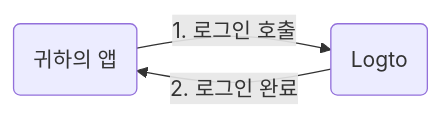
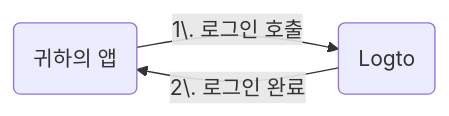
The diagram in i18n/ko/docusaurus-plugin-content-docs/current/quick-starts/fragments/_web-sign-in-flow-summary.mdx (logto-io/docs), drawn with Mermaid before and after one commit. The commit also changed other lines of this file and 162 other files, not shown here.

````diff
--- a/i18n/ko/docusaurus-plugin-content-docs/current/quick-starts/fragments/_web-sign-in-flow-summary.mdx
+++ b/i18n/ko/docusaurus-plugin-content-docs/current/quick-starts/fragments/_web-sign-in-flow-summary.mdx
@@ -5,5 +5,5 @@
 ```mermaid
 graph LR
-    A(귀하의 앱) -->|1. 로그인 호출| B(Logto)
-    B -->|2. 로그인 완료| A
+    A(귀하의 앱) -->|1\. 로그인 호출| B(Logto)
+    B -->|2\. 로그인 완료| A
 ```
````
